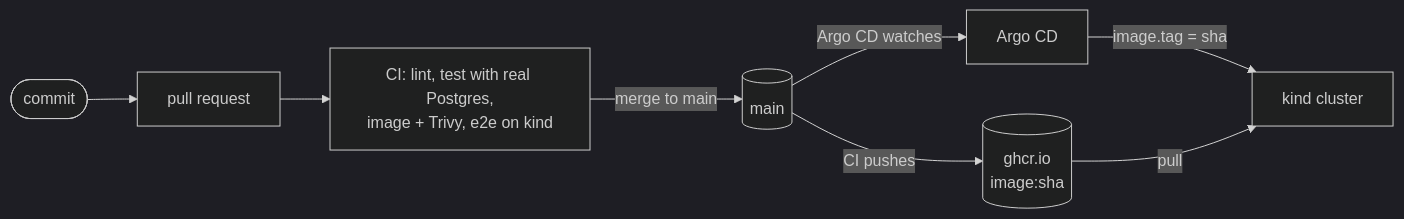
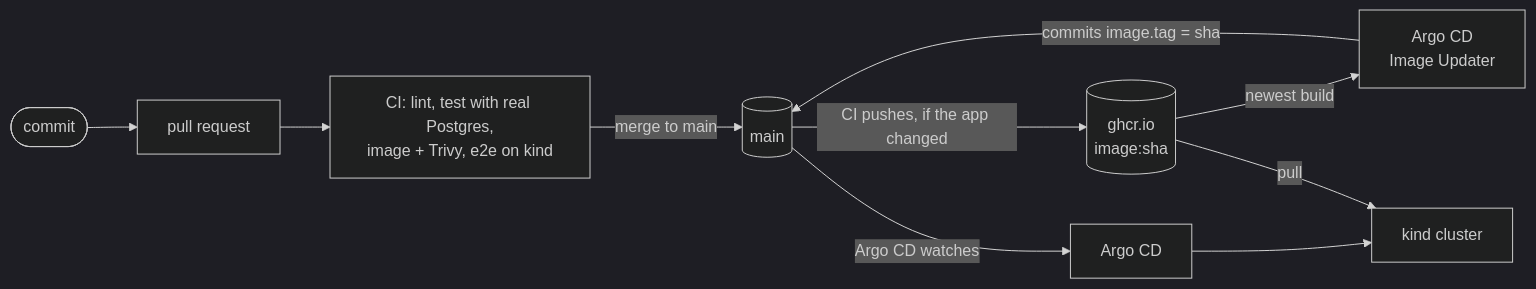
One commit to vtheofil/uptime-watch changed the third of 3 diagrams in docs/architecture.md. Above: the diagram before and after it, drawn with Mermaid (dark theme). The commit also changed other lines of this file and 4 other files, not shown here.

Commit message:
docs: ADR 0012, deploying with Image Updater, rollback

````diff
--- a/docs/architecture.md
+++ b/docs/architecture.md
@@ -68,10 +68,12 @@
 ```mermaid
 flowchart LR
   dev([commit]) --> pr[pull request]
   pr --> ci[CI: lint, test with real Postgres,<br/>image + Trivy, e2e on kind]
   ci -->|merge to main| main[(main)]
-  main -->|CI pushes| ghcr[(ghcr.io<br/>image:sha)]
+  main -->|CI pushes, if the app changed| ghcr[(ghcr.io<br/>image:sha)]
+  ghcr -->|newest build| updater[Argo CD<br/>Image Updater]
+  updater -->|commits image.tag = sha| main
   main -->|Argo CD watches| argo[Argo CD]
-  argo -->|image.tag = sha| cluster[kind cluster]
+  argo --> cluster[kind cluster]
   ghcr -->|pull| cluster
 ```
````
